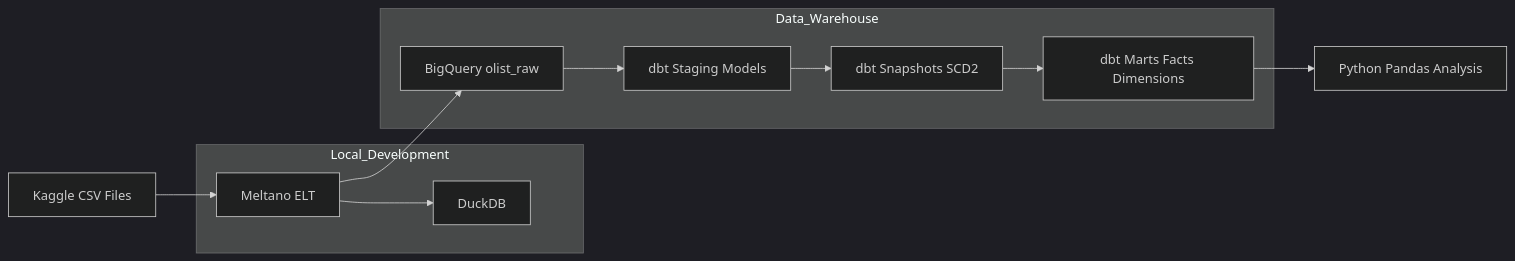
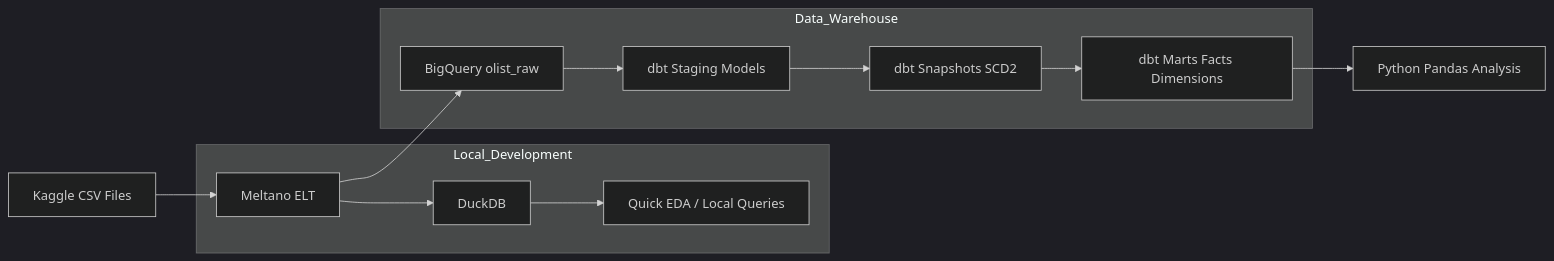
One commit to bradleysoh/Olist_data_pipeline changed the diagram in README.md. Above: the diagram before and after it, drawn with Mermaid (dark theme).

Commit message:
Updated architecture

````diff
--- a/README.md
+++ b/README.md
@@ -19,17 +19,18 @@
 ```mermaid
 flowchart LR
 A[Kaggle CSV Files] --> B[Meltano ELT]
 
 subgraph Local_Development
 B --> C[DuckDB]
+C --> I[Quick EDA / Local Queries]
 end
 
 subgraph Data_Warehouse
 B --> D[BigQuery olist_raw]
 D --> E[dbt Staging Models]
 E --> F[dbt Snapshots SCD2]
 F --> G[dbt Marts Facts Dimensions]
 end
 
 G --> H[Python Pandas Analysis]
 ```
````
